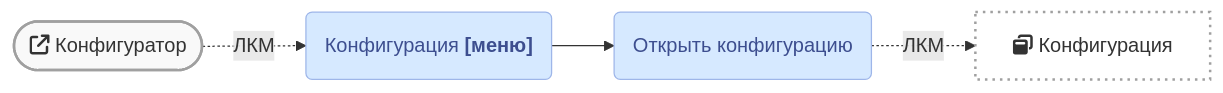
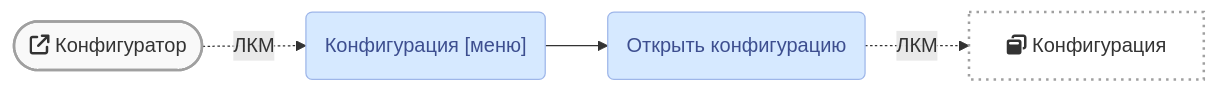
Before and after one commit to kc-doam/manual: the first of 2 diagrams in faq/1cd_crash/export-extension-files.md, drawn with Mermaid. The commit also changed other lines of this file and 6 other files, not shown here.

Commit message:
Fix: Graphs are cleaned from tags & Search are edited

````diff
--- a/faq/1cd_crash/export-extension-files.md
+++ b/faq/1cd_crash/export-extension-files.md
@@ -21,13 +21,13 @@
 ``` mermaid
 graph LR
   %% https://mermaid-js.github.io/mermaid-live-editor/
   %% https://fontawesome.ru/all-icons/
   b1([fa:fa-external-link Конфигуратор]) -.-> |ЛКМ| m1
-  m1("Конфигурация <b>[меню]</b>") --> m2
+  m1("Конфигурация [меню]") --> m2
   m2(Открыть конфигурацию) -.-> |ЛКМ| element
   element[fa:fa-window-restore Конфигурация]
   style b1 fill:#f9f9f9,stroke:#a0a0a0,stroke-width:2px
   style element fill:#fff,stroke:#a0a0a0,stroke-width:2px,stroke-dasharray:2 4
   classDef confmenu fill:#d6e9ff,stroke:#9eb6e9,stroke-width:1px,color:#3d4e8f
   class m1,m2 confmenu
 ```
````
